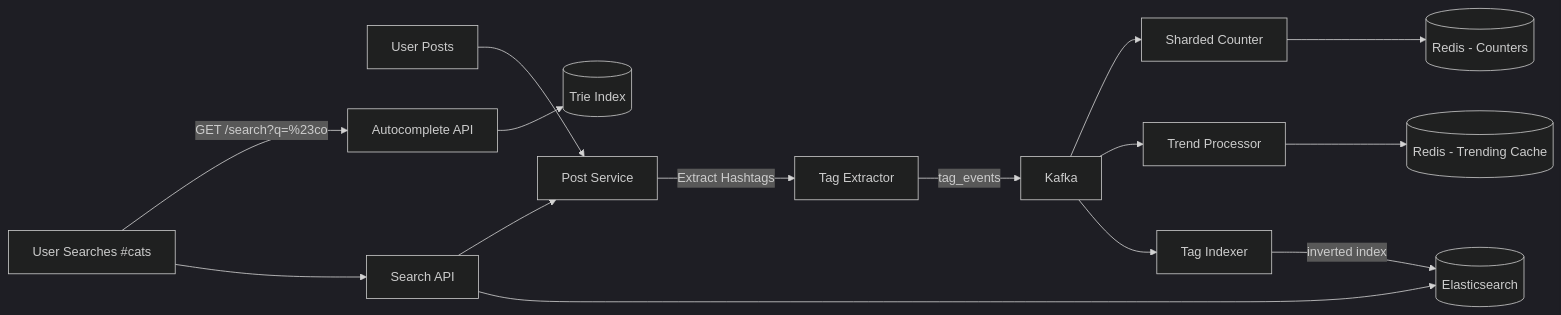
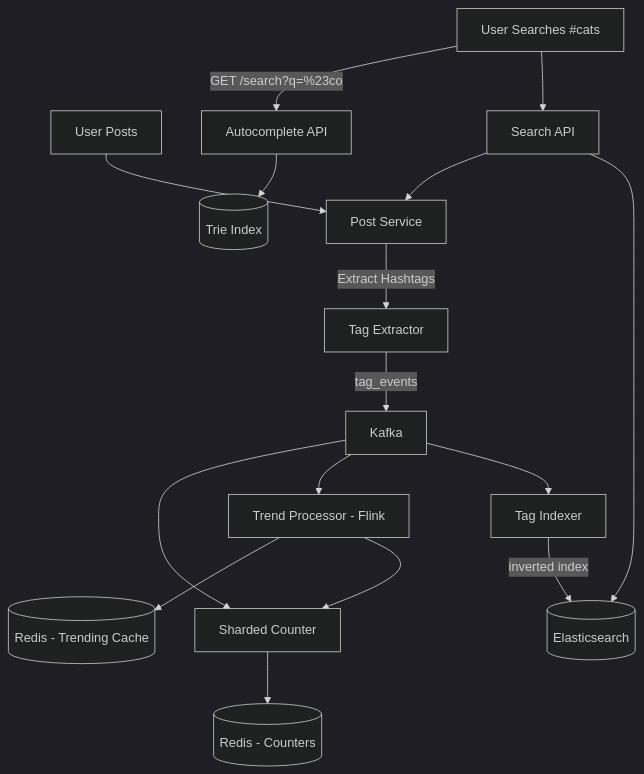
Before and after one commit to abhishekghoshh/system-design-helper: the fourth of 13 diagrams in docs/system-design/high-level/designing/advanced/hashtag-service.md, drawn with Mermaid (dark theme). The commit also changed other lines of this file and 107 other files, not shown here.

````diff
--- a/docs/system-design/high-level/designing/advanced/hashtag-service.md
+++ b/docs/system-design/high-level/designing/advanced/hashtag-service.md
@@ -342,17 +565,18 @@
 ```mermaid
-flowchart LR
-  User[User Posts] --> PostSvc[Post Service]
-  PostSvc -->|Extract Hashtags| Extractor[Tag Extractor]
-  Extractor -->|tag_events| Kafka[Kafka]
-  Kafka --> Indexer[Tag Indexer]
-  Kafka --> TrendProc[Trend Processor]
-  Kafka --> Counter[Sharded Counter]
-  Indexer -->|inverted index| Elastic[(Elasticsearch)]
-  Counter --> Redis[(Redis - Counters)]
-  TrendProc --> Cache[(Redis - Trending Cache)]
-  User2[User Searches #cats] --> SearchAPI[Search API]
-  SearchAPI --> Elastic
-  SearchAPI --> PostSvc
-  User2 -->|GET /search?q=%23co| AutoAPI[Autocomplete API]
-  AutoAPI --> Trie[(Trie Index)]
+graph TD
+    User[User Posts] --> PostSvc[Post Service]
+    PostSvc -->|Extract Hashtags| Extractor[Tag Extractor]
+    Extractor -->|tag_events| Kafka[Kafka]
+    Kafka --> Indexer[Tag Indexer]
+    Kafka --> TrendProc[Trend Processor - Flink]
+    Kafka --> Counter[Sharded Counter]
+    Indexer -->|inverted index| Elastic[(Elasticsearch)]
+    Counter --> Redis[(Redis - Counters)]
+    TrendProc --> Counter
+    TrendProc --> Cache[(Redis - Trending Cache)]
+    User2[User Searches #cats] --> SearchAPI[Search API]
+    SearchAPI --> Elastic
+    SearchAPI --> PostSvc
+    User2 -->|GET /search?q=%23co| AutoAPI[Autocomplete API]
+    AutoAPI --> Trie[(Trie Index)]
 ```
````
